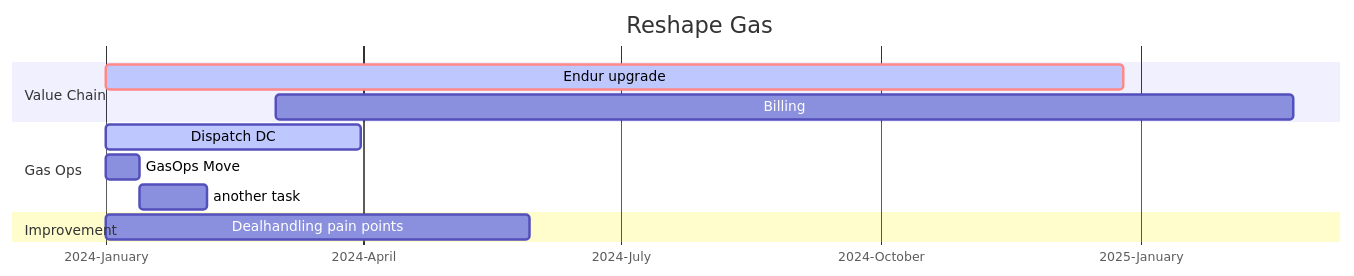
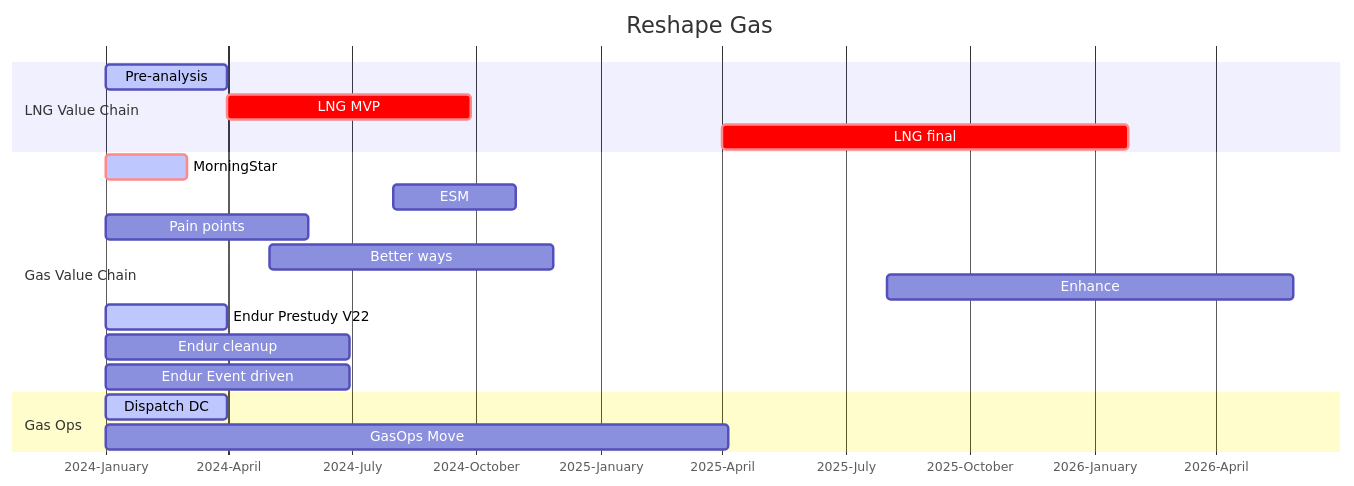
One commit to equinor/improve-disc changed the second of 2 diagrams in docs/public/content/index.md. Above: the diagram before and after it, drawn with Mermaid. The commit also changed other lines of this file and 20 other files, not shown here.

````diff
--- a/docs/public/content/index.md
+++ b/docs/public/content/index.md
@@ -60,18 +71,27 @@
 ``` mermaid
 gantt
     title Reshape Gas
     dateFormat  DD-MM-YYYY
     axisFormat %Y-%B
     tickInterval 3month
-    section Value Chain
-    Endur upgrade    :crit, active, 01-01-2024 , 360d
-    Billing          :01-03-2024, 360d
+    section LNG Value Chain
+        Pre-analysis     :active, lng1, 01-01-2024, 90d
+        LNG MVP          :crit, lng2, after lng1, 180d
+        LNG final        :crit, lng3, 01-04-2025, 300d
+    section Gas Value Chain
+        MorningStar      :crit, active, 01-01-2024, 60d
+        ESM              : 01-08-2024, 90d
+        Pain points      : 01-01-2024, 150d
+        Better ways      : 01-05-2024, 210d
+        Enhance          : 01-08-2025, 300d
+        Endur Prestudy V22     : active, 01-01-2024, 90d
+        Endur cleanup    :  01-01-2024, 180d
+        Endur Event driven     : 01-01-2024,180d
     section Gas Ops
-    Dispatch DC      :active, 01-01-2024, 90d
-    GasOps Move      :01-01-2024  , 12d
-    another task     : 24d
-    section Improvement
-    Dealhandling pain points :01-01-2024, 150d
+        Dispatch DC      :active, 01-01-2024, 90d
+        GasOps Move      :01-01-2024  , 460d
+        
+
 
 
 ```
````
